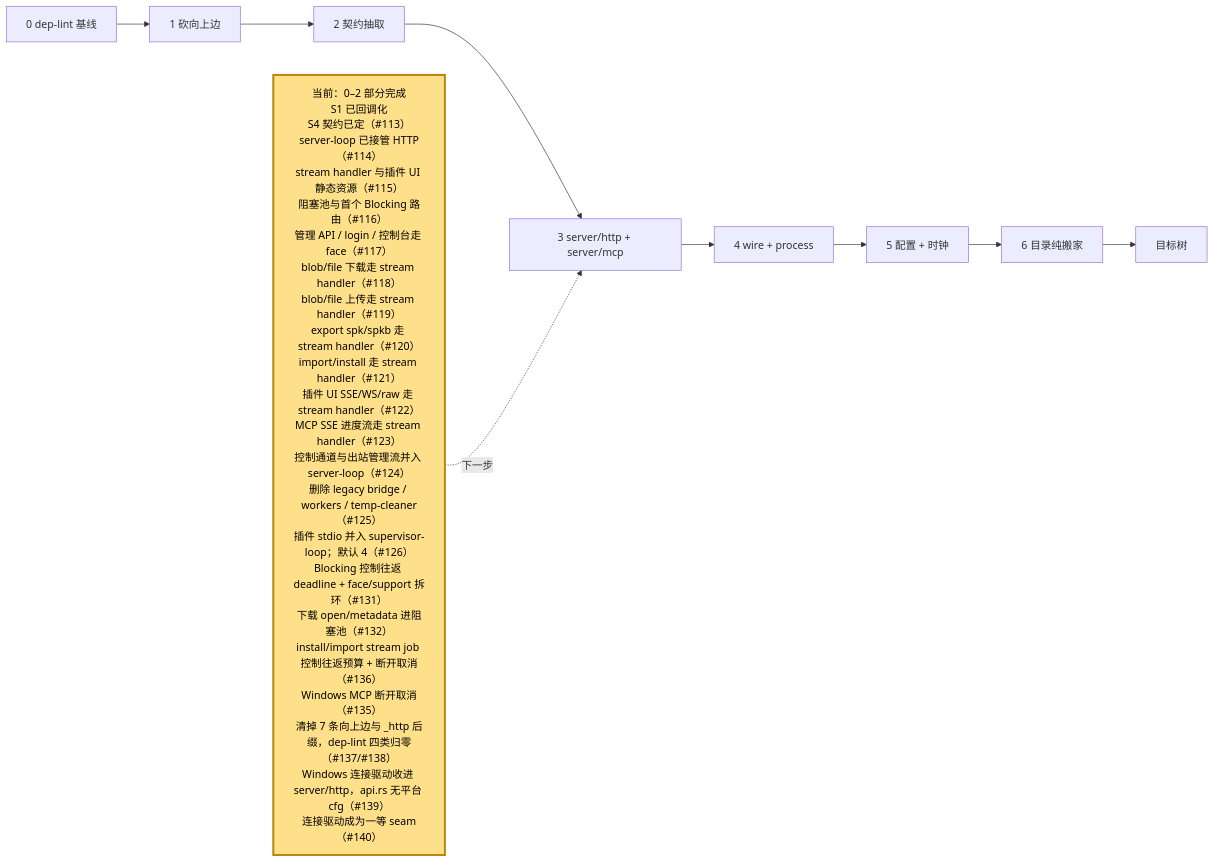
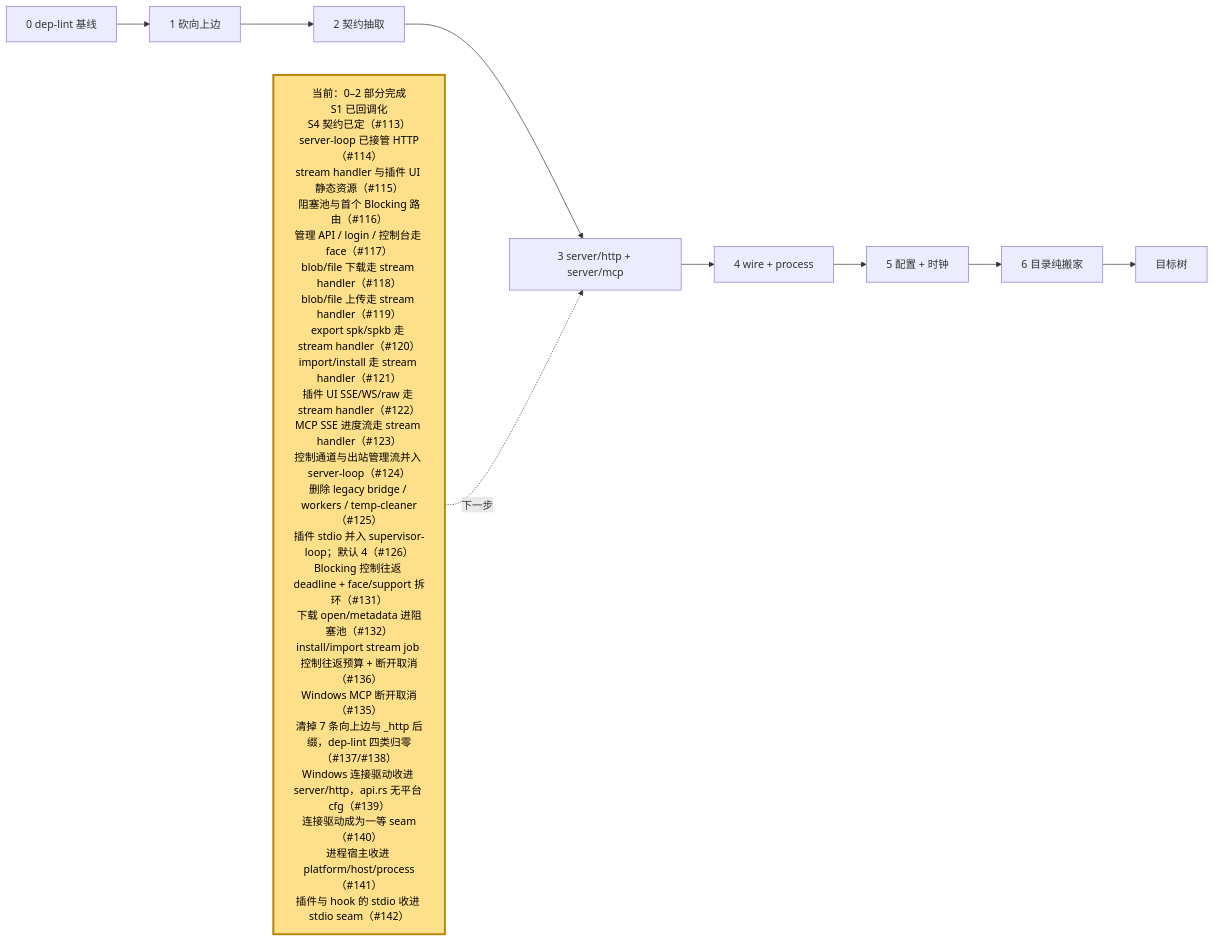
Before and after one commit to webxxxxx/plugin-manager: the fifth of 5 diagrams in docs/architecture.md, drawn with Mermaid. The commit also changed other lines of this file, not shown here.

Commit message:
docs(arch): S6 行与当前图补上 process / stdio seam（#142）

````diff
--- a/docs/architecture.md
+++ b/docs/architecture.md
@@ -379,15 +379,15 @@
 ```mermaid
 flowchart LR
     S0["0 dep-lint 基线"] --> S1["1 砍向上边"]
     S1 --> S2["2 契约抽取"]
     S2 --> S3["3 server/http + server/mcp"]
     S3 --> S4["4 wire + process"]
     S4 --> S5["5 配置 + 时钟"]
     S5 --> S6["6 目录纯搬家"]
     S6 --> DONE["目标树"]
 
-    NOW["当前：0–2 部分完成<br/>S1 已回调化<br/>S4 契约已定（#113）<br/>server-loop 已接管 HTTP（#114）<br/>stream handler 与插件 UI 静态资源（#115）<br/>阻塞池与首个 Blocking 路由（#116）<br/>管理 API / login / 控制台走 face（#117）<br/>blob/file 下载走 stream handler（#118）<br/>blob/file 上传走 stream handler（#119）<br/>export spk/spkb 走 stream handler（#120）<br/>import/install 走 stream handler（#121）<br/>插件 UI SSE/WS/raw 走 stream handler（#122）<br/>MCP SSE 进度流走 stream handler（#123）<br/>控制通道与出站管理流并入 server-loop（#124）<br/>删除 legacy bridge / workers / temp-cleaner（#125）<br/>插件 stdio 并入 supervisor-loop；默认 4（#126）<br/>Blocking 控制往返 deadline + face/support 拆环（#131）<br/>下载 open/metadata 进阻塞池（#132）<br/>install/import stream job 控制往返预算 + 断开取消（#136）<br/>Windows MCP 断开取消（#135）<br/>清掉 7 条向上边与 _http 后缀，dep-lint 四类归零（#137/#138）<br/>Windows 连接驱动收进 server/http，api.rs 无平台 cfg（#139）<br/>连接驱动成为一等 seam（#140）"]:::current
+    NOW["当前：0–2 部分完成<br/>S1 已回调化<br/>S4 契约已定（#113）<br/>server-loop 已接管 HTTP（#114）<br/>stream handler 与插件 UI 静态资源（#115）<br/>阻塞池与首个 Blocking 路由（#116）<br/>管理 API / login / 控制台走 face（#117）<br/>blob/file 下载走 stream handler（#118）<br/>blob/file 上传走 stream handler（#119）<br/>export spk/spkb 走 stream handler（#120）<br/>import/install 走 stream handler（#121）<br/>插件 UI SSE/WS/raw 走 stream handler（#122）<br/>MCP SSE 进度流走 stream handler（#123）<br/>控制通道与出站管理流并入 server-loop（#124）<br/>删除 legacy bridge / workers / temp-cleaner（#125）<br/>插件 stdio 并入 supervisor-loop；默认 4（#126）<br/>Blocking 控制往返 deadline + face/support 拆环（#131）<br/>下载 open/metadata 进阻塞池（#132）<br/>install/import stream job 控制往返预算 + 断开取消（#136）<br/>Windows MCP 断开取消（#135）<br/>清掉 7 条向上边与 _http 后缀，dep-lint 四类归零（#137/#138）<br/>Windows 连接驱动收进 server/http，api.rs 无平台 cfg（#139）<br/>连接驱动成为一等 seam（#140）<br/>进程宿主收进 platform/host/process（#141）<br/>插件与 hook 的 stdio 收进 stdio seam（#142）"]:::current
     NOW -.->|下一步| S3
 
     classDef current fill:#ffe08a,stroke:#b8860b,stroke-width:3px,color:#000
 ```
````
